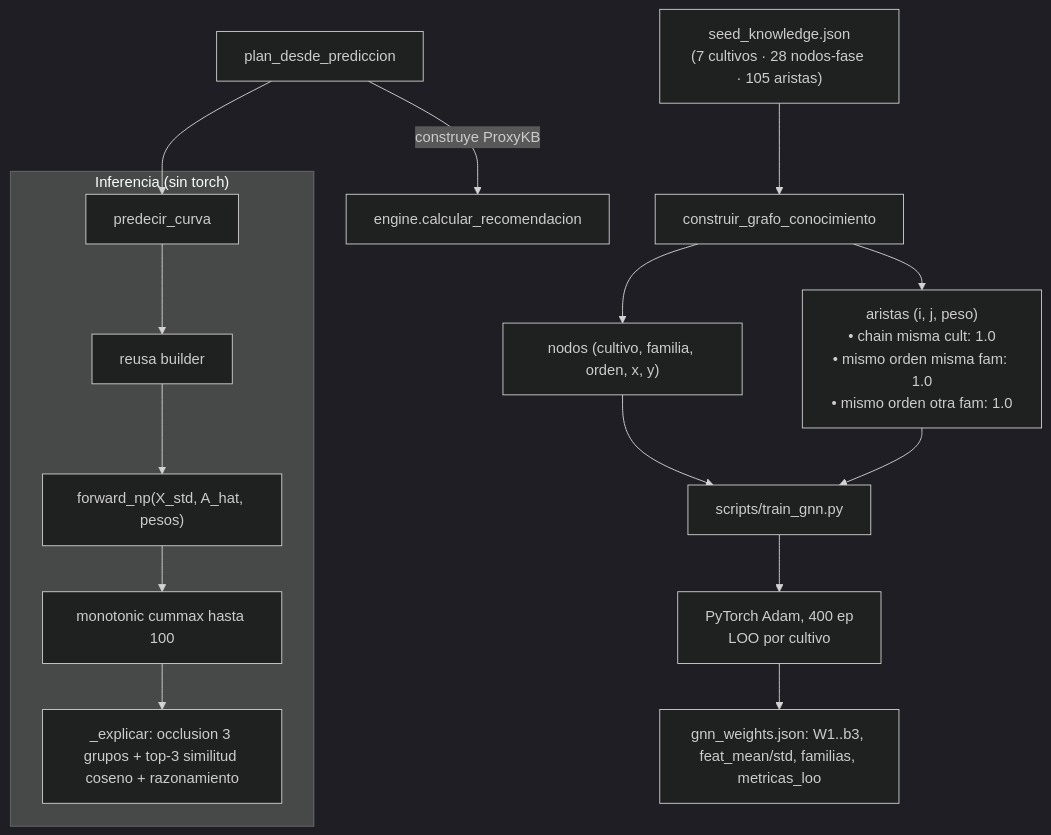
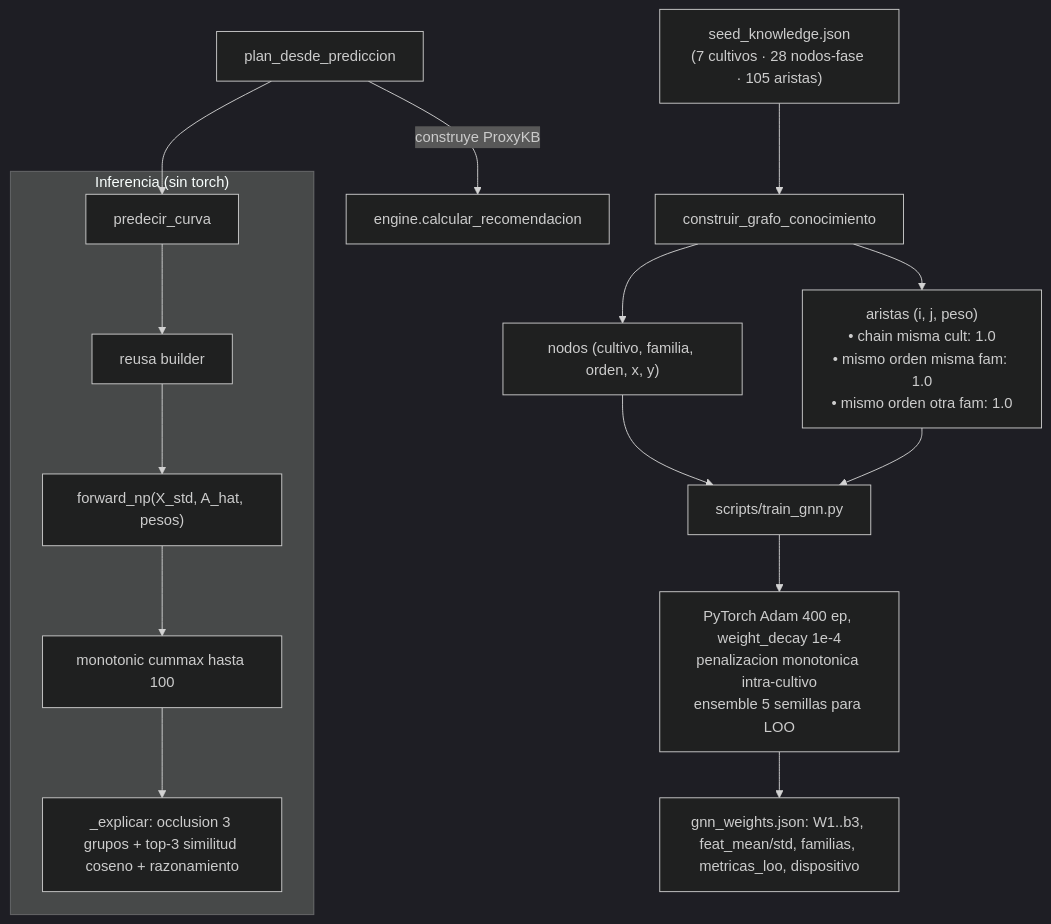
Before and after one commit to Cromeroo/FertiCalc: the sixth of 12 diagrams in docs/ARQUITECTURA.md, drawn with Mermaid (dark theme). The commit also changed other lines of this file and 4 other files, not shown here.

Commit message:
feat(gnn-v2): regularizacion, monotonia en loss, ensemble 5 semillas

````diff
--- a/docs/ARQUITECTURA.md
+++ b/docs/ARQUITECTURA.md
@@ -193,20 +193,20 @@
 ```mermaid
 flowchart TB
     SEED["seed_knowledge.json<br/>(7 cultivos · 28 nodos-fase · 105 aristas)"] --> BUILD[construir_grafo_conocimiento]
     BUILD --> NODOS["nodos (cultivo, familia, orden, x, y)"]
     BUILD --> ARISTAS["aristas (i, j, peso)<br/>• chain misma cult: 1.0<br/>• mismo orden misma fam: 1.0<br/>• mismo orden otra fam: 1.0"]
     NODOS --> TRAIN[scripts/train_gnn.py]
     ARISTAS --> TRAIN
-    TRAIN --> PYT["PyTorch Adam, 400 ep<br/>LOO por cultivo"]
-    PYT --> W[gnn_weights.json: W1..b3, feat_mean/std, familias, metricas_loo]
+    TRAIN --> PYT["PyTorch Adam 400 ep, weight_decay 1e-4<br/>penalizacion monotonica intra-cultivo<br/>ensemble 5 semillas para LOO"]
+    PYT --> W[gnn_weights.json: W1..b3, feat_mean/std, familias, metricas_loo, dispositivo]
 
     subgraph INFER["Inferencia (sin torch)"]
         PRE[predecir_curva] --> NP[reusa builder]
         NP --> FWD["forward_np(X_std, A_hat, pesos)"]
         FWD --> ACU[monotonic cummax hasta 100]
         ACU --> EXP["_explicar: occlusion 3 grupos + top-3 similitud coseno + razonamiento"]
     end
 
     PLAN["plan_desde_prediccion"] --> PRE
     PLAN -->|construye ProxyKB| ENG[engine.calcular_recomendacion]
 ```
````
